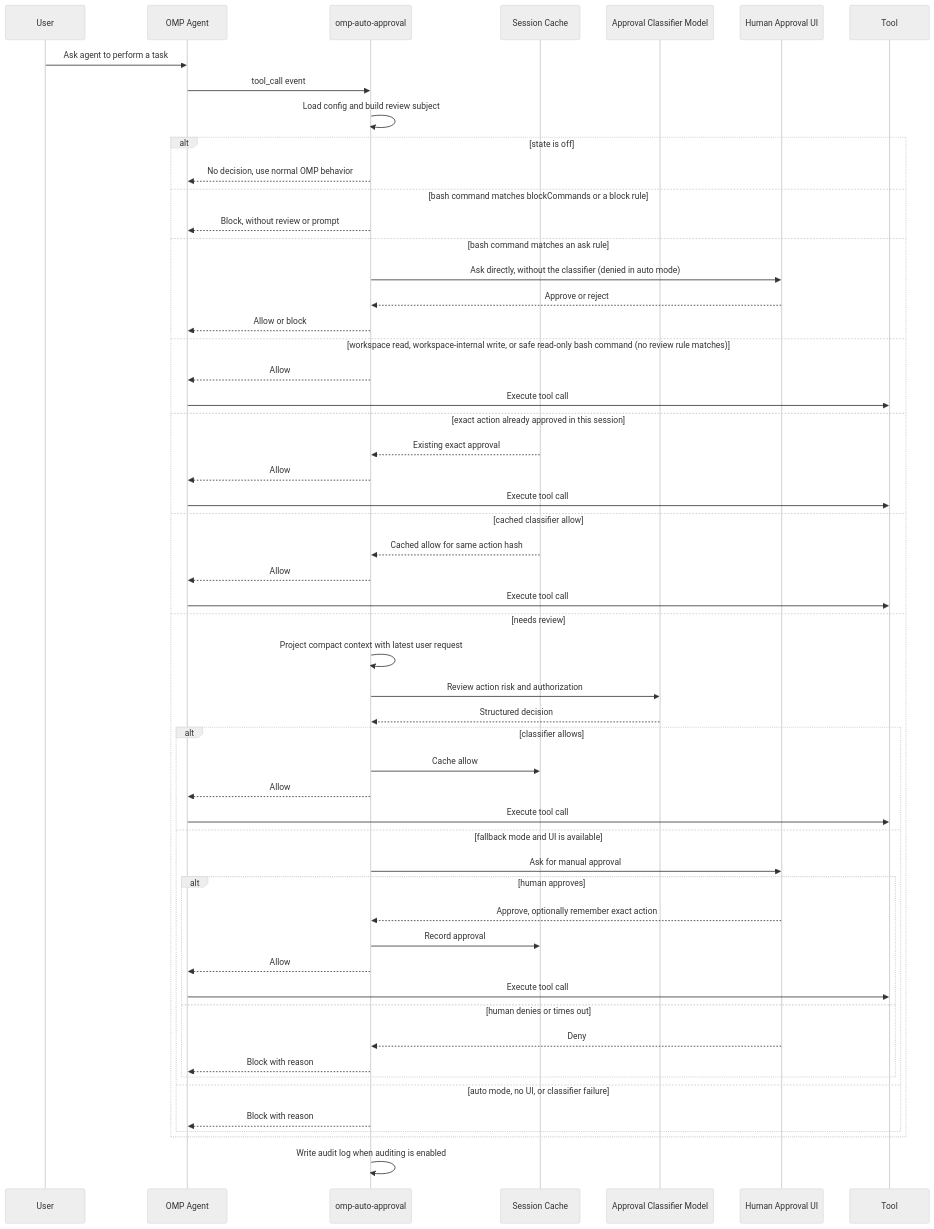
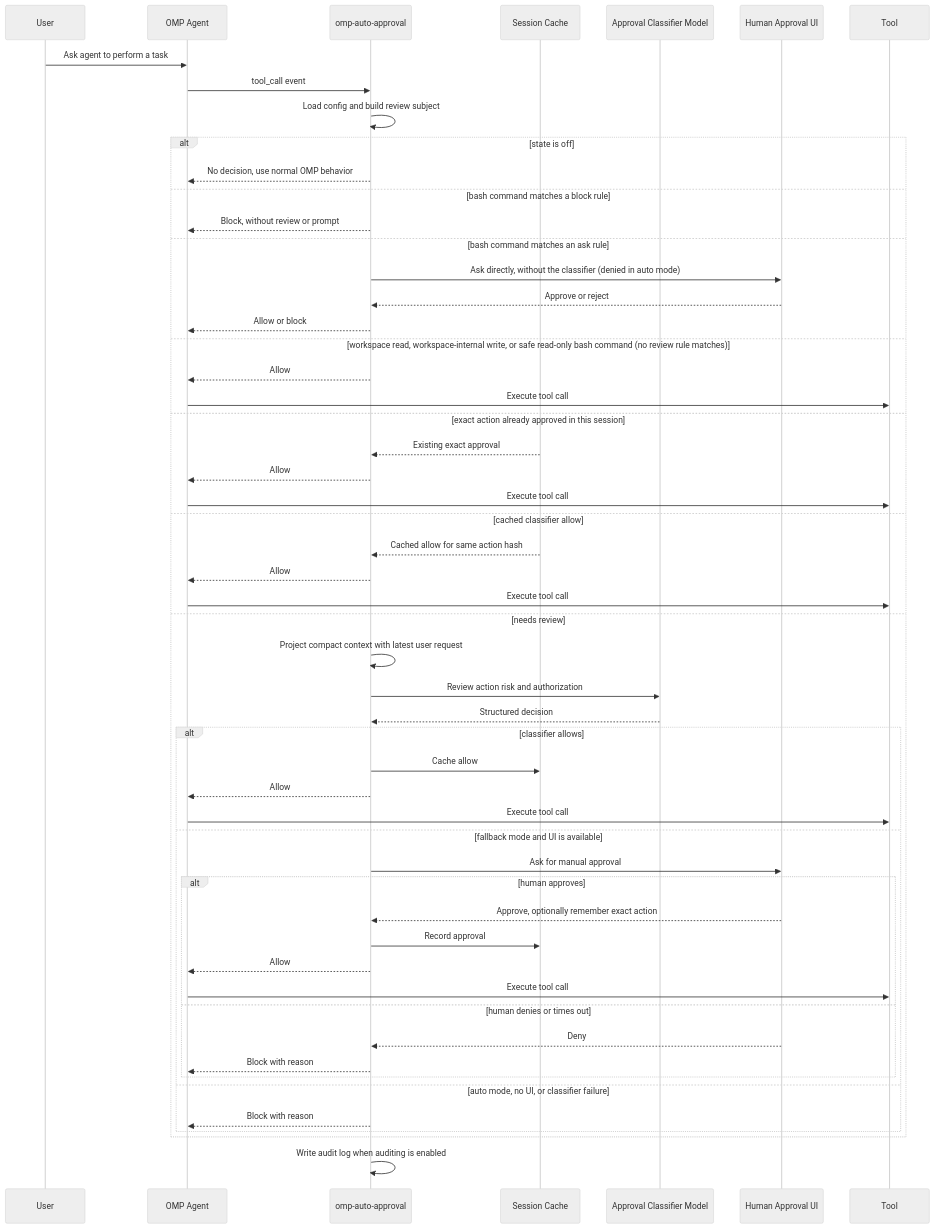
Before and after one commit to sthetz/omp-auto-approval: the diagram in README.md, drawn with Mermaid (neutral theme). The commit also changed other lines of this file and 17 other files, not shown here.

First line of the commit message:
Replace safeCommandAllowlist and blockCommands with allow and block rules

````diff
--- a/README.md
+++ b/README.md
@@ -79,60 +79,60 @@
 ```mermaid
 sequenceDiagram
     participant User
     participant OMP as OMP Agent
     participant Ext as omp-auto-approval
     participant Store as Session Cache
     participant Classifier as Approval Classifier Model
     participant Human as Human Approval UI
     participant Tool
 
     User->>OMP: Ask agent to perform a task
     OMP->>Ext: tool_call event
     Ext->>Ext: Load config and build review subject
 
     alt state is off
         Ext-->>OMP: No decision, use normal OMP behavior
-    else bash command matches blockCommands or a block rule
+    else bash command matches a block rule
         Ext-->>OMP: Block, without review or prompt
     else bash command matches an ask rule
         Ext->>Human: Ask directly, without the classifier (denied in auto mode)
         Human-->>Ext: Approve or reject
         Ext-->>OMP: Allow or block
     else workspace read, workspace-internal write, or safe read-only bash command (no review rule matches)
         Ext-->>OMP: Allow
         OMP->>Tool: Execute tool call
     else exact action already approved in this session
         Store-->>Ext: Existing exact approval
         Ext-->>OMP: Allow
         OMP->>Tool: Execute tool call
     else cached classifier allow
         Store-->>Ext: Cached allow for same action hash
         Ext-->>OMP: Allow
         OMP->>Tool: Execute tool call
     else needs review
         Ext->>Ext: Project compact context with latest user request
         Ext->>Classifier: Review action risk and authorization
         Classifier-->>Ext: Structured decision
 
         alt classifier allows
             Ext->>Store: Cache allow
             Ext-->>OMP: Allow
             OMP->>Tool: Execute tool call
         else fallback mode and UI is available
             Ext->>Human: Ask for manual approval
             alt human approves
                 Human-->>Ext: Approve, optionally remember exact action
                 Ext->>Store: Record approval
                 Ext-->>OMP: Allow
                 OMP->>Tool: Execute tool call
             else human denies or times out
                 Human-->>Ext: Deny
                 Ext-->>OMP: Block with reason
             end
         else auto mode, no UI, or classifier failure
             Ext-->>OMP: Block with reason
         end
     end
 
     Ext->>Ext: Write audit log when auditing is enabled
 ```
````
